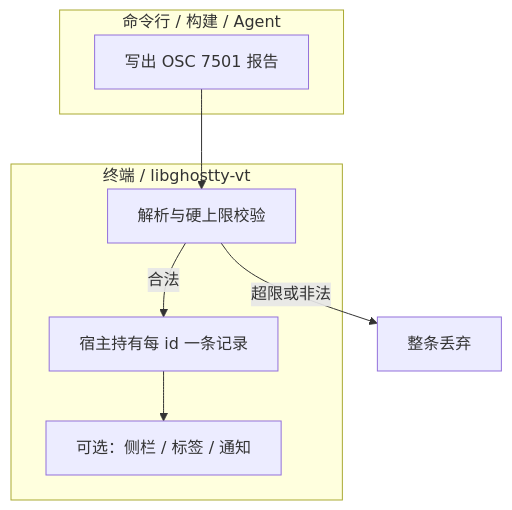
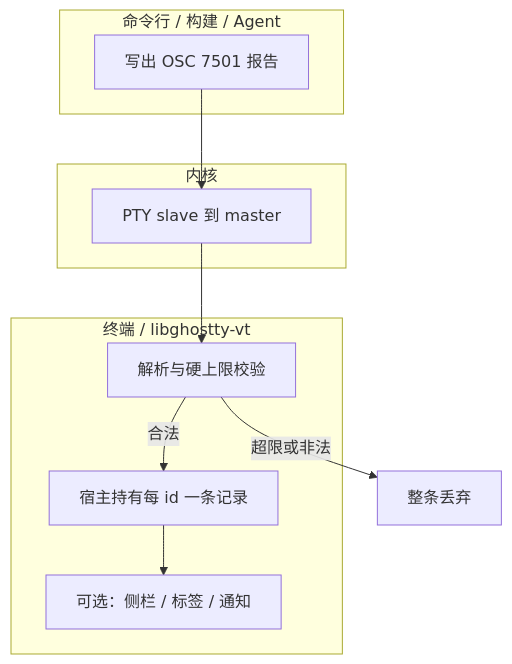
Before and after one commit to PerfectPan/wiki: the first of 3 diagrams in wiki/topics/systems/osc-7501-program-status.md, drawn with Mermaid. The commit also changed other lines of this file, not shown here.

First line of the commit message:
fix(systems): quote OSC 7501 Mermaid sequence labels

````diff
--- a/wiki/topics/systems/osc-7501-program-status.md
+++ b/wiki/topics/systems/osc-7501-program-status.md
@@ -51,15 +51,18 @@
 ```mermaid
 flowchart TB
   subgraph prog [命令行 / 构建 / Agent]
     Report[写出 OSC 7501 报告]
+  end
+  subgraph kernel [内核]
+    Pty[PTY slave 到 master]
   end
   subgraph emu [终端 / libghostty-vt]
     Parse[解析与硬上限校验]
     Host[宿主持有每 id 一条记录]
     UI[可选：侧栏 / 标签 / 通知]
   end
-  Report --> Parse
+  Report --> Pty --> Parse
   Parse -->|合法| Host
   Parse -->|超限或非法| Drop[整条丢弃]
   Host --> UI
 ```
````
